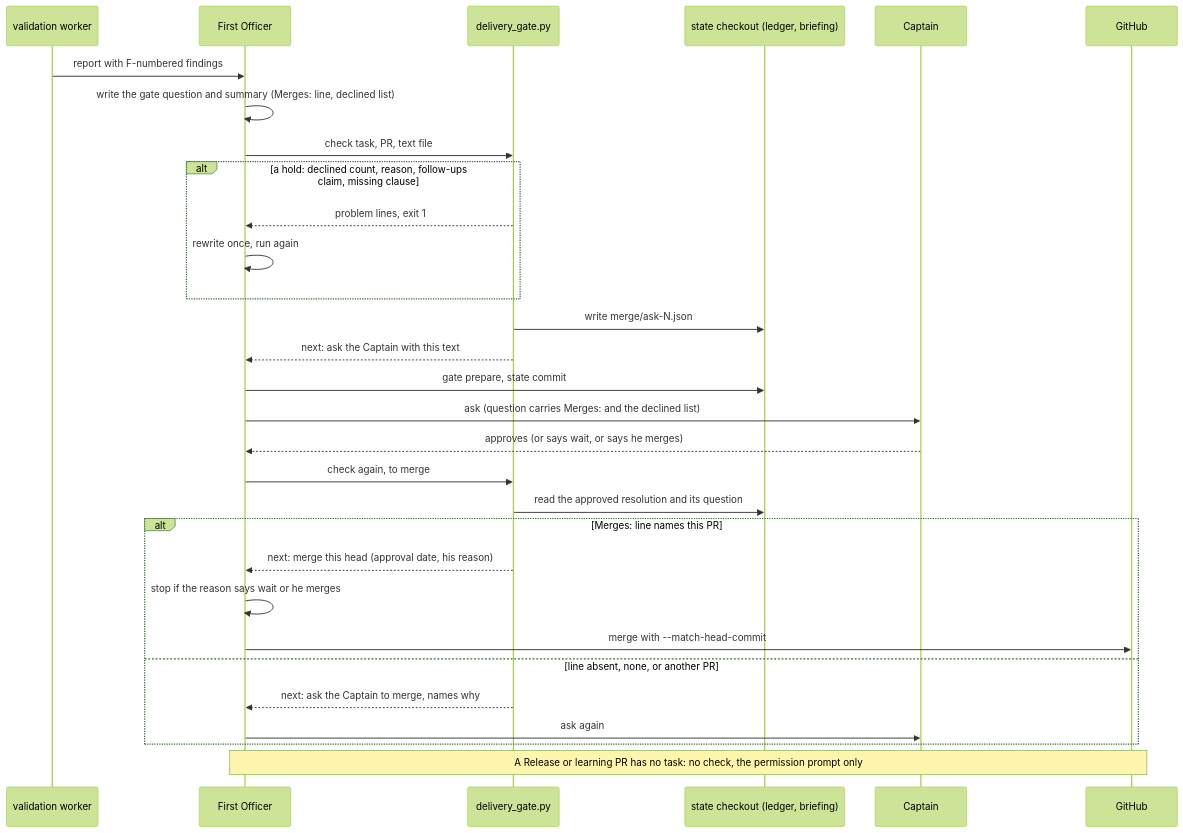
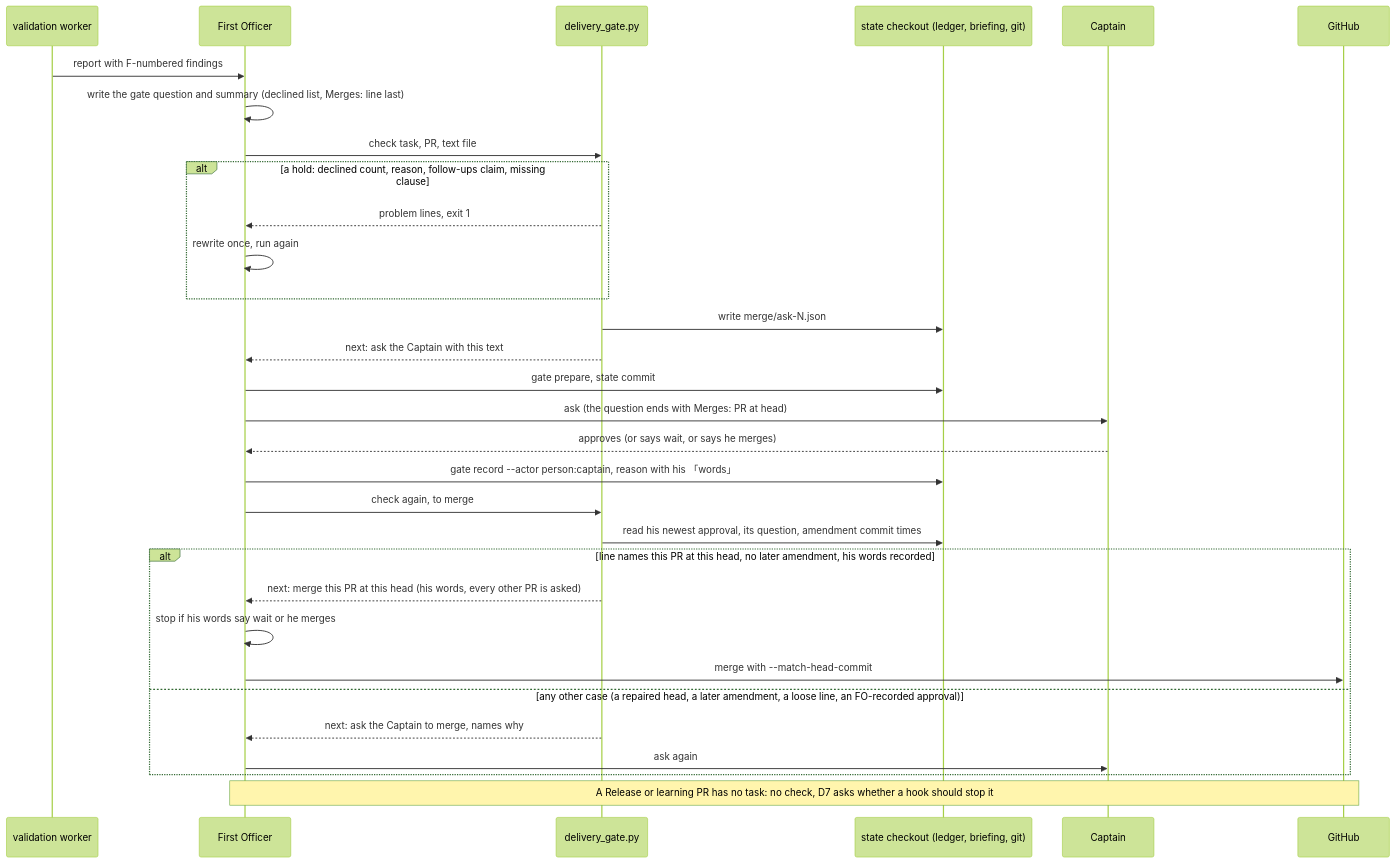
The second of 2 diagrams in fo-write-rules-checked.md (iamcxa/kc-claude-plugins), drawn with Mermaid (forest theme) before and after one commit. The commit also changed other lines of this file and 14 other files, not shown here.

````diff
--- a/fo-write-rules-checked.md
+++ b/fo-write-rules-checked.md
@@ -151,32 +195,33 @@
 ```mermaid
 sequenceDiagram
     participant V as validation worker
     participant FO as First Officer
     participant S as delivery_gate.py
-    participant ST as state checkout (ledger, briefing)
+    participant ST as state checkout (ledger, briefing, git)
     participant C as Captain
     participant GH as GitHub
     V->>FO: report with F-numbered findings
-    FO->>FO: write the gate question and summary (Merges: line, declined list)
+    FO->>FO: write the gate question and summary (declined list, Merges: line last)
     FO->>S: check task, PR, text file
     alt a hold: declined count, reason, follow-ups claim, missing clause
         S-->>FO: problem lines, exit 1
         FO->>FO: rewrite once, run again
     end
     S->>ST: write merge/ask-N.json
     S-->>FO: next: ask the Captain with this text
     FO->>ST: gate prepare, state commit
-    FO->>C: ask (question carries Merges: and the declined list)
+    FO->>C: ask (the question ends with Merges: PR at head)
     C-->>FO: approves (or says wait, or says he merges)
+    FO->>ST: gate record --actor person:captain, reason with his 「words」
     FO->>S: check again, to merge
-    S->>ST: read the approved resolution and its question
-    alt Merges: line names this PR
-        S-->>FO: next: merge this head (approval date, his reason)
-        FO->>FO: stop if the reason says wait or he merges
+    S->>ST: read his newest approval, its question, amendment commit times
+    alt line names this PR at this head, no later amendment, his words recorded
+        S-->>FO: next: merge this PR at this head (his words, every other PR is asked)
+        FO->>FO: stop if his words say wait or he merges
         FO->>GH: merge with --match-head-commit
-    else line absent, none, or another PR
+    else any other case (a repaired head, a later amendment, a loose line, an FO-recorded approval)
         S-->>FO: next: ask the Captain to merge, names why
         FO->>C: ask again
     end
-    Note over FO,GH: A Release or learning PR has no task: no check, the permission prompt only
+    Note over FO,GH: A Release or learning PR has no task: no check, D7 asks whether a hook should stop it
 ```
````
